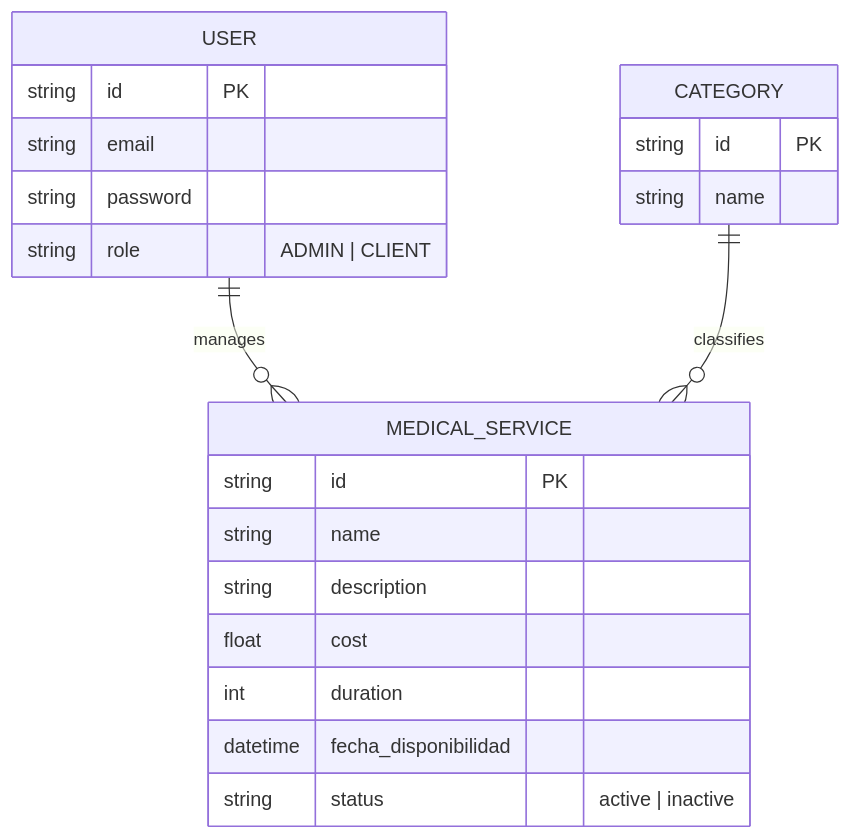
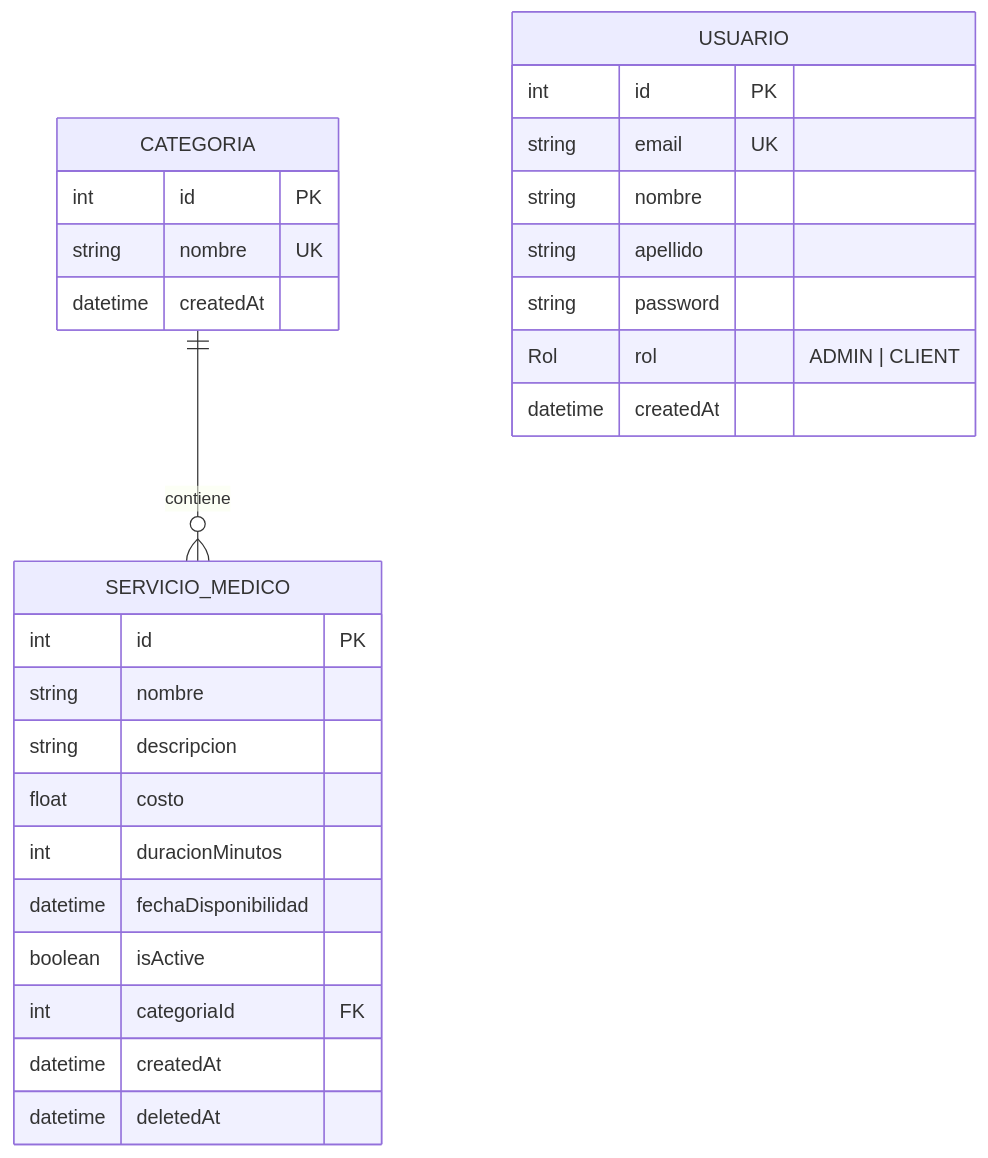
One commit to VinkeLevinke/gestion-servicios-medicos changed the diagram in README.md. Above: the diagram before and after it, drawn with Mermaid. The commit also changed other lines of this file, not shown here.

````diff
--- a/README.md
+++ b/README.md
@@ -113,25 +103,37 @@
 ```mermaid
 erDiagram
-    USER ||--o{ MEDICAL_SERVICE : manages
-    CATEGORY ||--o{ MEDICAL_SERVICE : classifies
-    USER {
-        string id PK
-        string email
+    CATEGORIA ||--o{ SERVICIO_MEDICO : contiene
+
+    USUARIO {
+        int id PK
+        string email UK
+        string nombre
+        string apellido
         string password
-        string role "ADMIN | CLIENT"
+        Rol rol "ADMIN | CLIENT"
+        datetime createdAt
     }
-    MEDICAL_SERVICE {
-        string id PK
-        string name
-        string description
-        float cost
-        int duration
-        datetime fecha_disponibilidad
-        string status "active | inactive"
+
+    CATEGORIA {
+        int id PK
+        string nombre UK
+        datetime createdAt
     }
-    CATEGORY {
-        string id PK
-        string name
+
+    SERVICIO_MEDICO {
+        int id PK
+        string nombre
+        string descripcion
+        float costo
+        int duracionMinutos
+        datetime fechaDisponibilidad
+        boolean isActive
+        int categoriaId FK
+        datetime createdAt
+        datetime deletedAt
+
+
+        
     }
 
 ```
````
